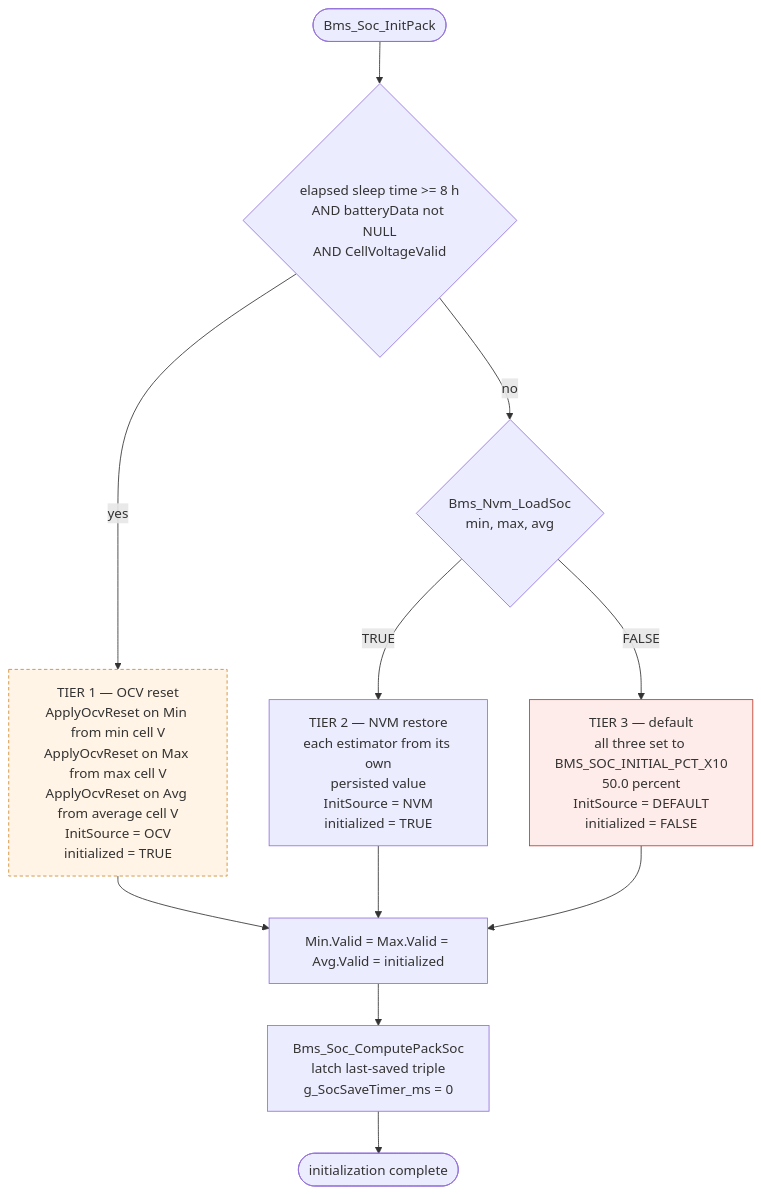
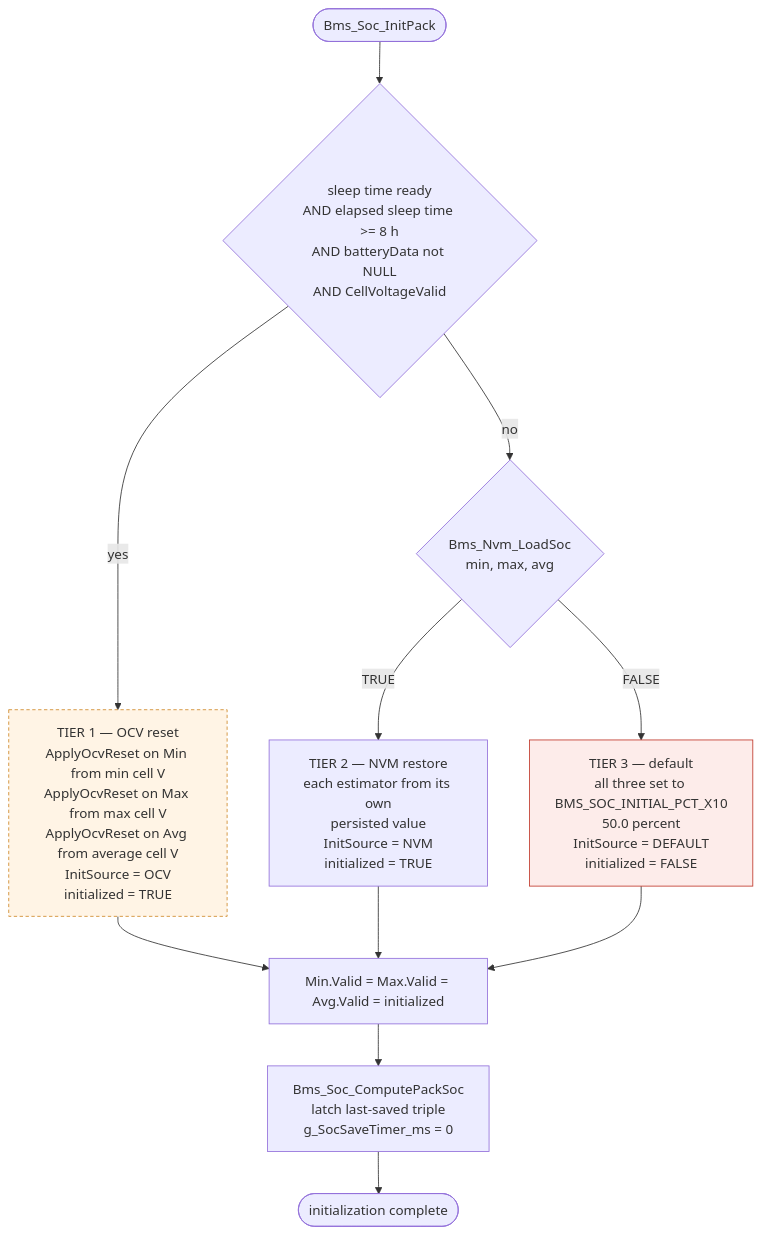
The fourth of 6 diagrams in src/battery/SOC_DESIGN.md (jsivolt/BMS_demo), drawn with Mermaid before and after one commit. The commit also changed other lines of this file and 20 other files, not shown here.

````diff
--- a/src/battery/SOC_DESIGN.md
+++ b/src/battery/SOC_DESIGN.md
@@ -392,22 +425,22 @@
 ```mermaid
 flowchart TD
-    START(["Bms_Soc_InitPack"]) --> C1{"elapsed sleep time >= 8 h<br/>AND batteryData not NULL<br/>AND CellVoltageValid"}
+    START(["Bms_Soc_InitPack"]) --> C1{"sleep time ready<br/>AND elapsed sleep time >= 8 h<br/>AND batteryData not NULL<br/>AND CellVoltageValid"}
 
     C1 -->|yes| T1["TIER 1 — OCV reset<br/>ApplyOcvReset on Min from min cell V<br/>ApplyOcvReset on Max from max cell V<br/>ApplyOcvReset on Avg from average cell V<br/>InitSource = OCV<br/>initialized = TRUE"]
     C1 -->|no| C2{"Bms_Nvm_LoadSoc<br/>min, max, avg"}
 
     C2 -->|TRUE| T2["TIER 2 — NVM restore<br/>each estimator from its own<br/>persisted value<br/>InitSource = NVM<br/>initialized = TRUE"]
     C2 -->|FALSE| T3["TIER 3 — default<br/>all three set to BMS_SOC_INITIAL_PCT_X10<br/>50.0 percent<br/>InitSource = DEFAULT<br/>initialized = FALSE"]
 
     T1 --> V["Min.Valid = Max.Valid = Avg.Valid = initialized"]
     T2 --> V
     T3 --> V
 
     V --> FIN["Bms_Soc_ComputePackSoc<br/>latch last-saved triple<br/>g_SocSaveTimer_ms = 0"]
     FIN --> DONE(["initialization complete"])
 
     classDef dead fill:#fff4e5,stroke:#d08a2a,stroke-dasharray:4 3
     classDef guess fill:#fdecea,stroke:#c0392b
     class T1 dead
     class T3 guess
 ```
````
